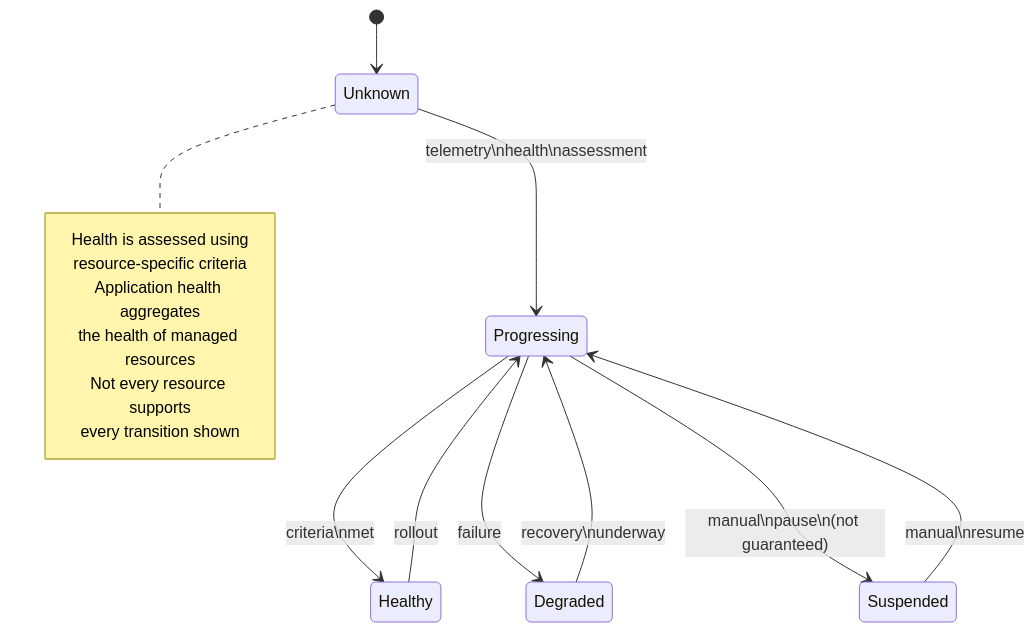
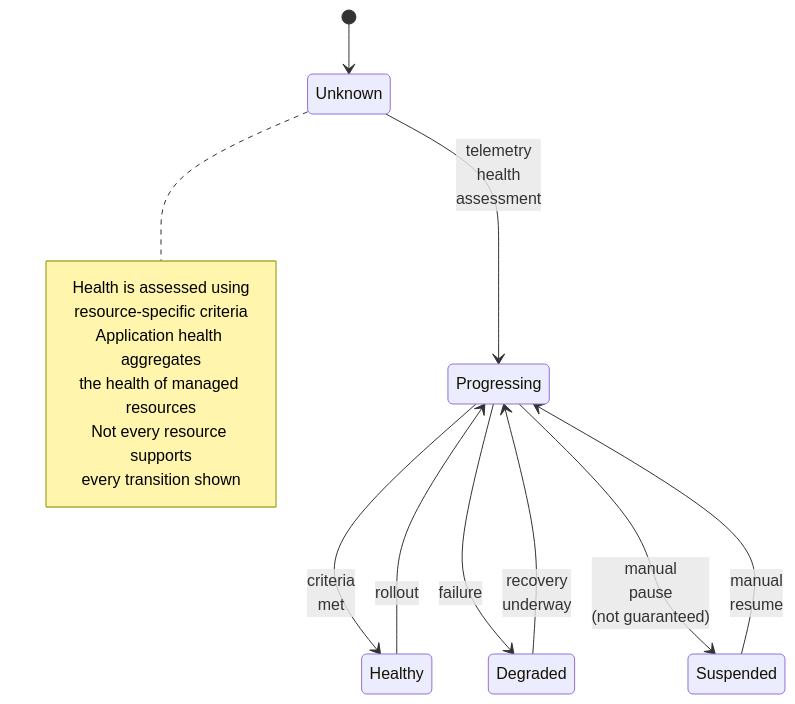
One commit to sergueik/springboot_study changed the second of 3 diagrams in basic-argocd/README.md. Above: the diagram before and after it, drawn with Mermaid. The commit also changed other lines of this file and 4 other files, not shown here.

Commit message:
intermdiate revision - updated diagrams

````diff
--- a/basic-argocd/README.md
+++ b/basic-argocd/README.md
@@ -71,21 +73,21 @@
 ```mermaid
 stateDiagram-v2
 
 direction TB
   [*] --> Unknown
-  Unknown --> Progressing: telemetry\nhealth\nassessment
-  Progressing --> Healthy:   criteria\nmet
+  Unknown --> Progressing: telemetry<br/>health<br/>assessment
+  Progressing --> Healthy:   criteria<br/>met
   Progressing --> Degraded: failure
-  Degraded --> Progressing: recovery\nunderway
+  Degraded --> Progressing: recovery<br/>underway
   Healthy --> Progressing: rollout
-  Progressing --> Suspended: manual\npause\n(not guaranteed)
-  Suspended --> Progressing: manual\nresume
+  Progressing --> Suspended: manual<br/>pause<br/>(not guaranteed)
+  Suspended --> Progressing: manual<br/>resume
 note right of Unknown
   Health is assessed using
   resource-specific criteria
   Application health aggregates
   the health of managed resources
   Not every resource supports
   every transition shown
 end note
 ```
````
